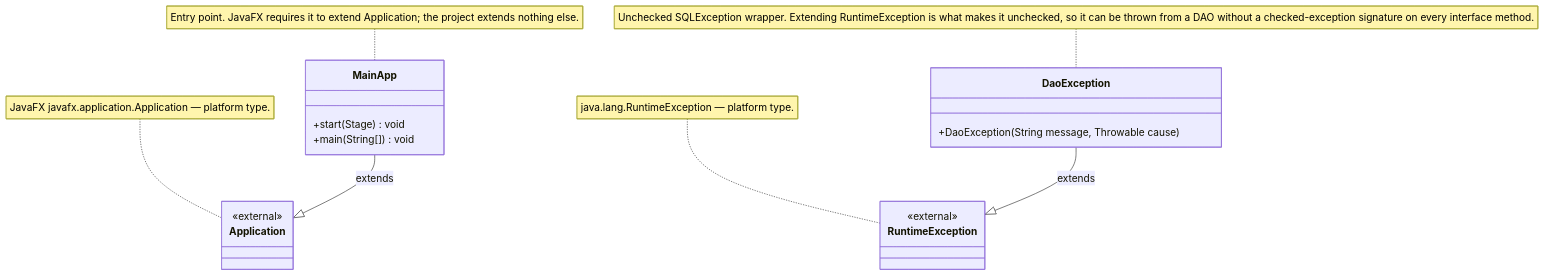
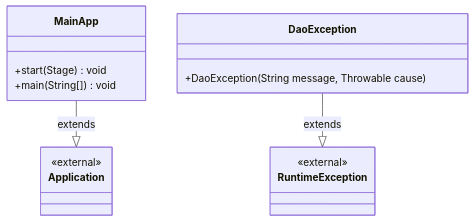
Before and after one commit to Agono0/gym-management-system: the eighth of 8 diagrams in docs/UML.md, drawn with Mermaid. The commit also changed other lines of this file, not shown here.

First line of the commit message:
docs(uml): Make the domain diagram vertical by moving prose out

````diff
--- a/docs/UML.md
+++ b/docs/UML.md
@@ -1202,23 +1293,19 @@
 ```mermaid
 classDiagram
     direction TB
     class MainApp {
         +start(Stage) void
         +main(String[]) void
     }
     class DaoException {
         +DaoException(String message, Throwable cause)
     }
     class Application {
         <<external>>
     }
     class RuntimeException {
         <<external>>
     }
     MainApp --|> Application : extends
     DaoException --|> RuntimeException : extends
-    note for MainApp "Entry point. JavaFX requires it to extend Application; the project extends nothing else."
-    note for DaoException "Unchecked SQLException wrapper. Extending RuntimeException is what makes it unchecked, so it can be thrown from a DAO without a checked-exception signature on every interface method."
-    note for Application "JavaFX javafx.application.Application — platform type."
-    note for RuntimeException "java.lang.RuntimeException — platform type."
 ```
````
